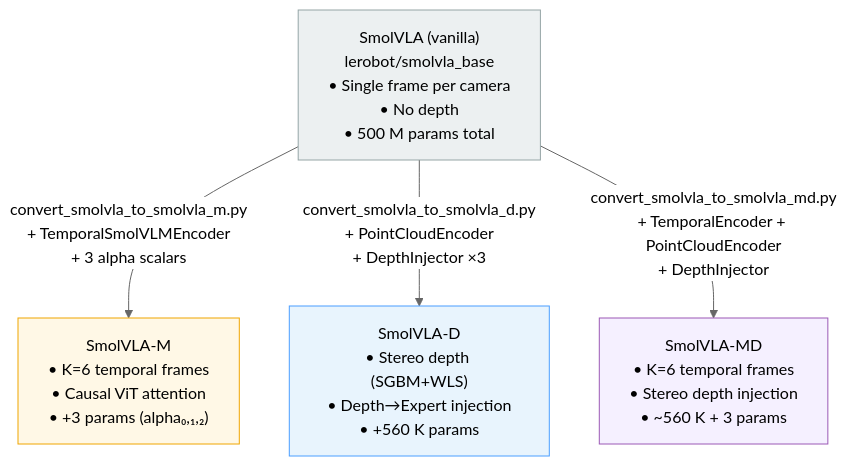
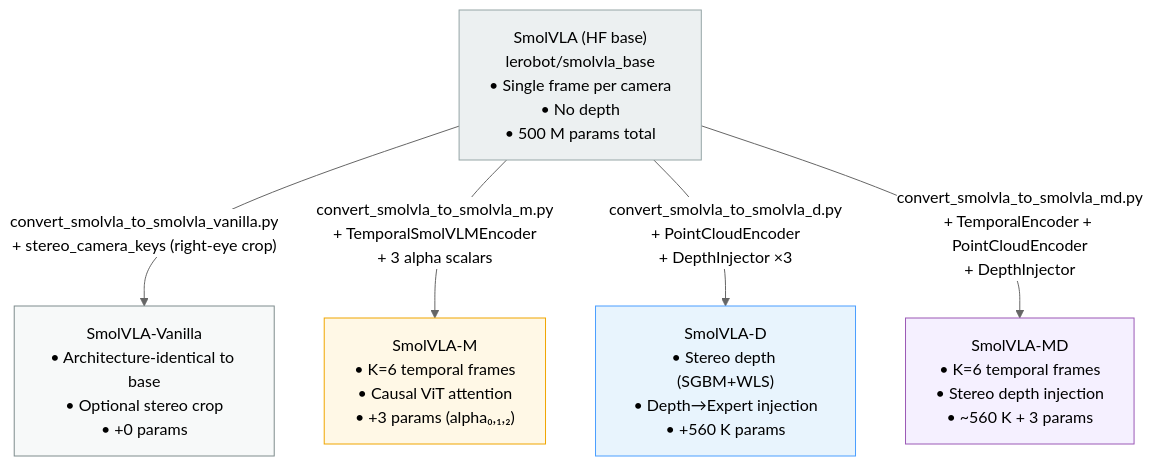
Before and after one commit to Esk1z0/Master_Degree_VLA_Project: the first of 2 diagrams in docs/models/overview.md, drawn with Mermaid (neutral theme). The commit also changed other lines of this file and 20 other files, not shown here.

Commit message:
added different documents and graphs to the project

````diff
--- a/docs/models/overview.md
+++ b/docs/models/overview.md
@@ -16,15 +16,18 @@
 ```mermaid
 graph TD
-    BASE["SmolVLA (vanilla)\nlerobot/smolvla_base\n• Single frame per camera\n• No depth\n• 500 M params total"]
+    BASE["SmolVLA (HF base)\nlerobot/smolvla_base\n• Single frame per camera\n• No depth\n• 500 M params total"]
+
+    BASE -->|"convert_smolvla_to_smolvla_vanilla.py\n+ stereo_camera_keys (right-eye crop)"| VANILLA["SmolVLA-Vanilla\n• Architecture-identical to base\n• Optional stereo crop\n• +0 params"]
 
     BASE -->|"convert_smolvla_to_smolvla_m.py\n+ TemporalSmolVLMEncoder\n+ 3 alpha scalars"| M["SmolVLA-M\n• K=6 temporal frames\n• Causal ViT attention\n• +3 params (alpha₀,₁,₂)"]
 
     BASE -->|"convert_smolvla_to_smolvla_d.py\n+ PointCloudEncoder\n+ DepthInjector ×3"| D["SmolVLA-D\n• Stereo depth (SGBM+WLS)\n• Depth→Expert injection\n• +560 K params"]
 
     BASE -->|"convert_smolvla_to_smolvla_md.py\n+ TemporalEncoder + PointCloudEncoder\n+ DepthInjector"| MD["SmolVLA-MD\n• K=6 temporal frames\n• Stereo depth injection\n• ~560 K + 3 params"]
 
     style BASE fill:#ecf0f1,stroke:#95a5a6
+    style VANILLA fill:#f7f9f9,stroke:#7f8c8d
     style M fill:#fff8e6,stroke:#f0a500
     style D fill:#e8f4fd,stroke:#4a9eff
     style MD fill:#f5f0ff,stroke:#9b59b6
 ```
````
